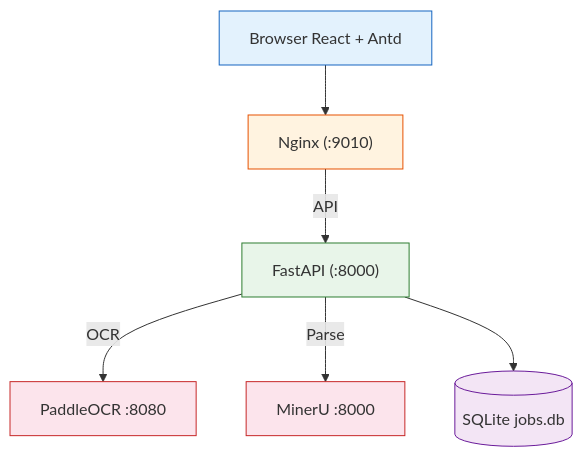
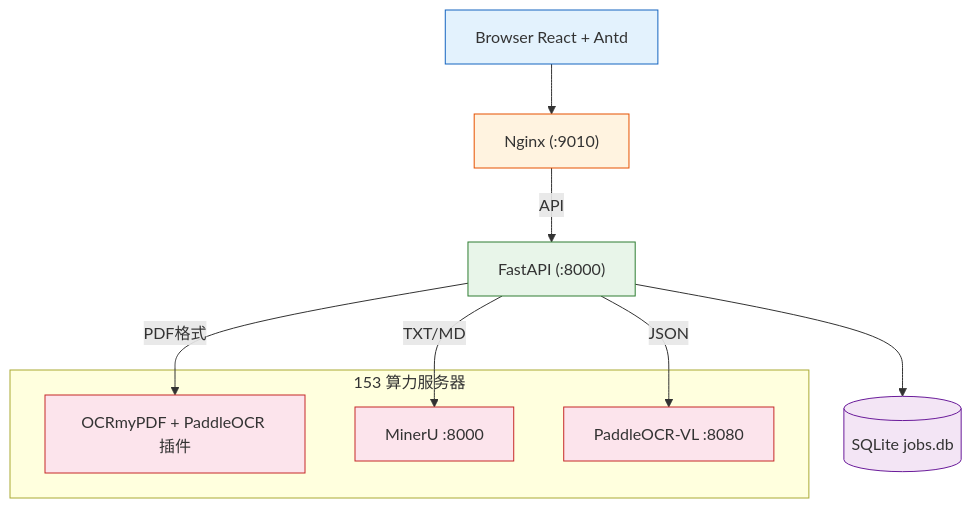
Before and after one commit to Terryhelium/pdf2searchable: the first of 3 diagrams in ARCHITECTURE.md, drawn with Mermaid. The commit also changed other lines of this file and 4 other files, not shown here.

````diff
--- a/ARCHITECTURE.md
+++ b/ARCHITECTURE.md
@@ -7,20 +7,27 @@
 ```mermaid
 graph TB
     Browser["Browser React + Antd"] --> Nginx["Nginx (:9010)"]
     Nginx -->|API| Backend["FastAPI (:8000)"]
-    Backend -->|OCR| Paddle["PaddleOCR :8080"]
-    Backend -->|Parse| Mineru["MinerU :8000"]
+    Backend -->|PDF格式| OCRmyPDF["OCRmyPDF + PaddleOCR 插件"]
+    Backend -->|TXT/MD| Mineru["MinerU :8000"]
+    Backend -->|JSON| Paddle["PaddleOCR-VL :8080"]
     Backend --> DB[("SQLite jobs.db")]
+
+    subgraph "153 算力服务器"
+        OCRmyPDF
+        Paddle
+        Mineru
+    end
 
     classDef browser fill:#e3f2fd,stroke:#1565c0
     classDef nginx fill:#fff3e0,stroke:#e65100
     classDef backend fill:#e8f5e9,stroke:#2e7d32
     classDef ext fill:#fce4ec,stroke:#c62828
     classDef db fill:#f3e5f5,stroke:#6a1b9a
 
     class Browser browser
     class Nginx nginx
     class Backend backend
-    class Paddle,Mineru ext
+    class Paddle,Mineru,OCRmyPDF ext
     class DB db
 ```
````
